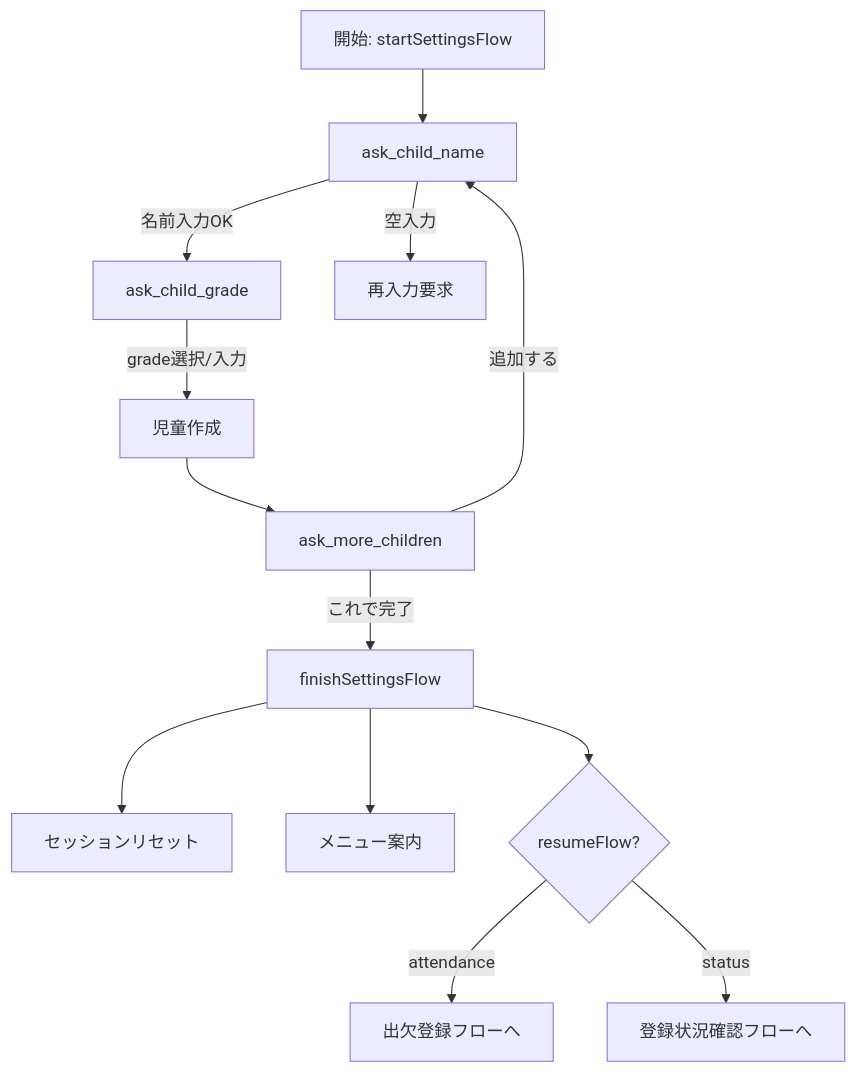
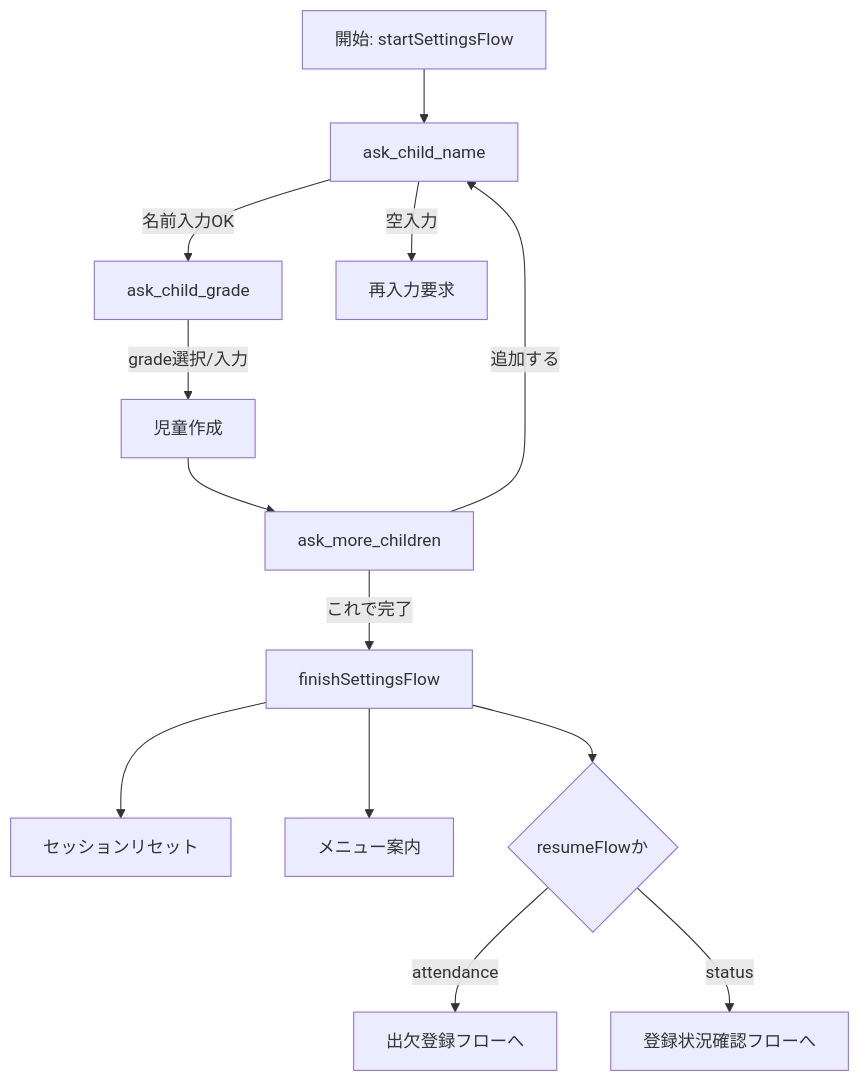
The tenth of 10 diagrams in docs/line-flow-diagrams.md (wakodai/free-school-try5), drawn with Mermaid before and after one commit. The commit also changed other lines of this file, not shown here.

Commit message:
Mermaid図のパースエラー表記を修正

````diff
--- a/docs/line-flow-diagrams.md
+++ b/docs/line-flow-diagrams.md
@@ -175,17 +175,17 @@
 ```mermaid
 flowchart TD
   A[開始: startSettingsFlow] --> B[ask_child_name]
   B -->|名前入力OK| C[ask_child_grade]
   B -->|空入力| B1[再入力要求]
 
   C -->|grade選択/入力| D[児童作成]
   D --> E[ask_more_children]
 
   E -->|追加する| B
   E -->|これで完了| F[finishSettingsFlow]
   F --> G[セッションリセット]
   F --> H[メニュー案内]
-  F --> I{resumeFlow?}
+  F --> I{resumeFlowか}
   I -->|attendance| J[出欠登録フローへ]
   I -->|status| K[登録状況確認フローへ]
 ```
````
